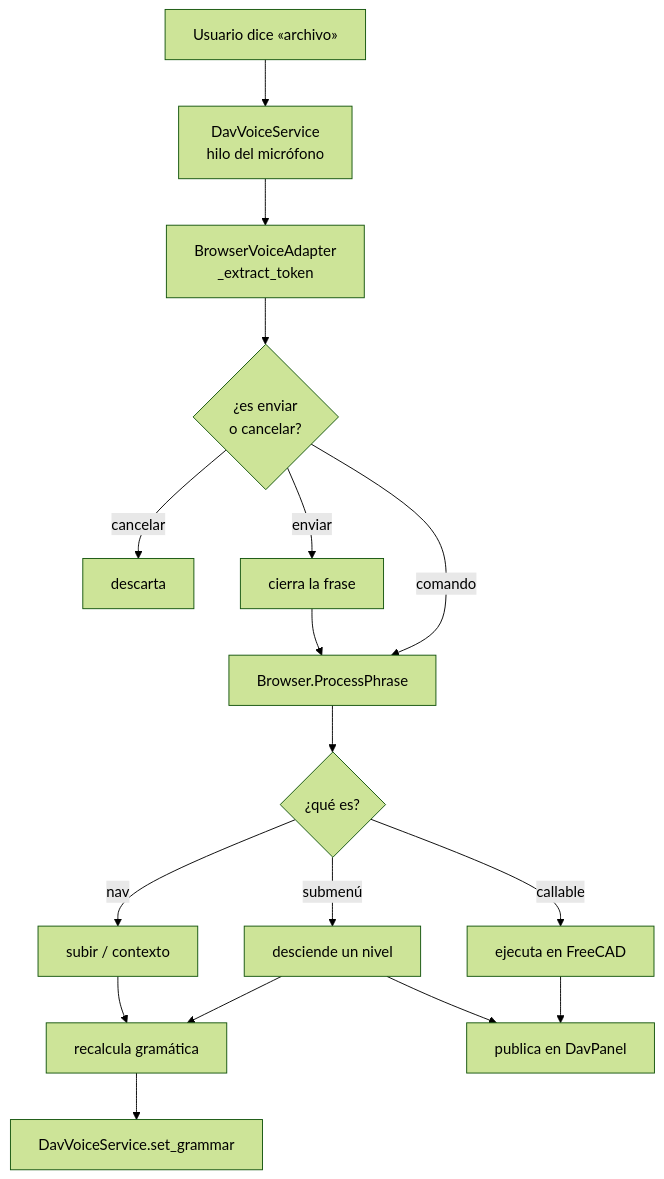
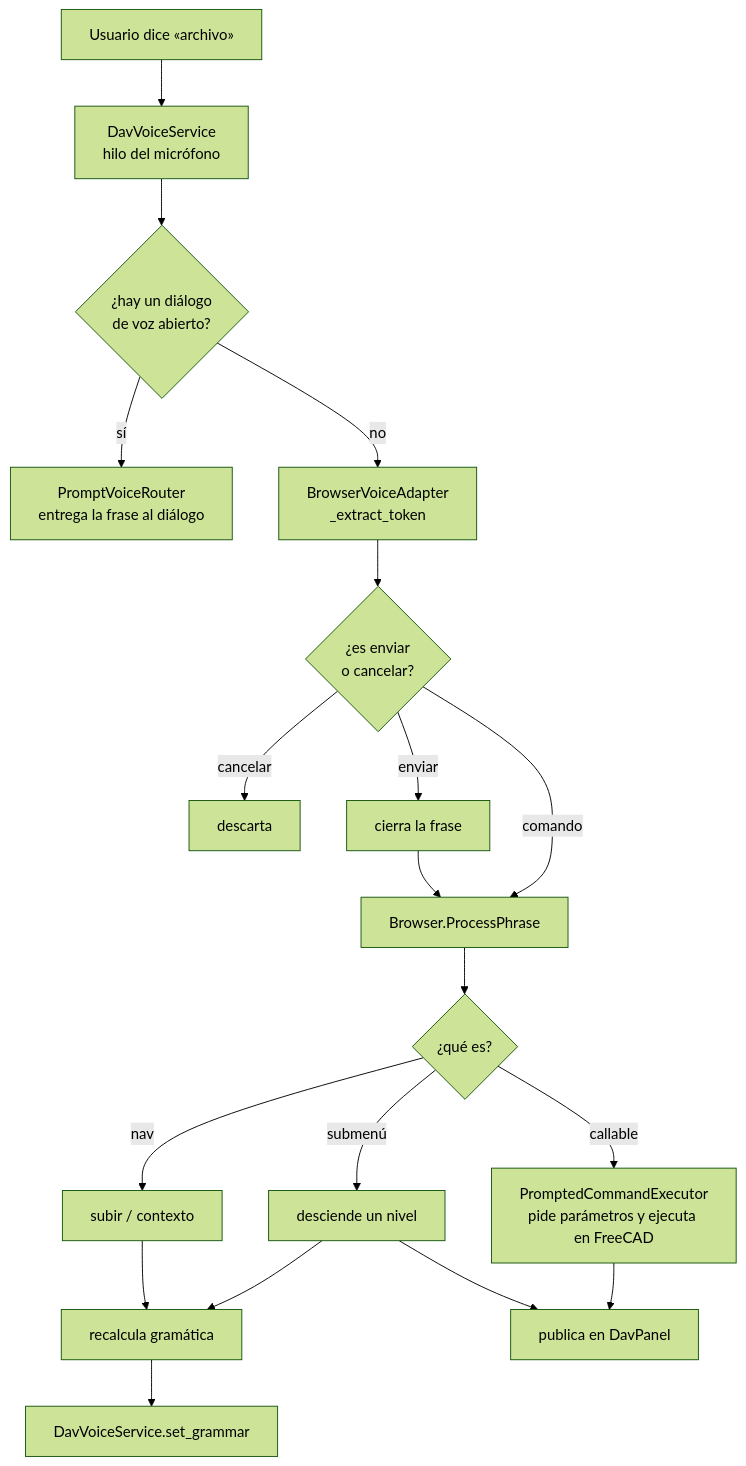
One commit to DAv-Project-Team-UADER/DAV changed the second of 2 diagrams in Dav/docs/diagramas/README.md. Above: the diagram before and after it, drawn with Mermaid (forest theme). The commit also changed other lines of this file and 12 other files, not shown here.

First line of the commit message:
Docs: revamp dic/CONTEXT and fix diagrams

````diff
--- a/Dav/docs/diagramas/README.md
+++ b/Dav/docs/diagramas/README.md
@@ -104,19 +145,21 @@
 ```mermaid
 flowchart TD
     A["Usuario dice «archivo»"] --> B[DavVoiceService<br/>hilo del micrófono]
-    B --> C[BrowserVoiceAdapter<br/>_extract_token]
+    B --> B2{¿hay un diálogo<br/>de voz abierto?}
+    B2 -->|sí| B3[PromptVoiceRouter<br/>entrega la frase al diálogo]
+    B2 -->|no| C[BrowserVoiceAdapter<br/>_extract_token]
     C --> D{¿es enviar<br/>o cancelar?}
     D -->|cancelar| E[descarta]
     D -->|enviar| F[cierra la frase]
     D -->|comando| G[Browser.ProcessPhrase]
     F --> G
     G --> H{¿qué es?}
     H -->|submenú| I[desciende un nivel]
-    H -->|callable| J[ejecuta en FreeCAD]
+    H -->|callable| J[PromptedCommandExecutor<br/>pide parámetros y ejecuta en FreeCAD]
     H -->|nav| K[subir / contexto]
     I --> L[recalcula gramática]
     K --> L
     L --> M[DavVoiceService.set_grammar]
     J --> N[publica en DavPanel]
     I --> N
 ```
````
